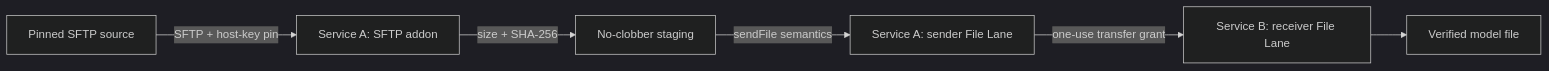
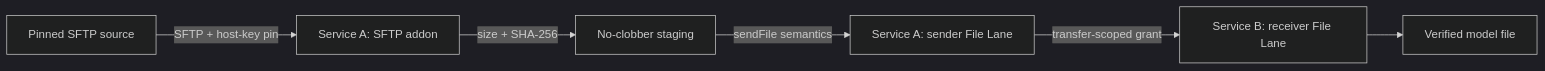
One commit to phuong-tran/coakka-samples changed the diagram in runtime-addons/artifact-publisher-sftp/README.md. Above: the diagram before and after it, drawn with Mermaid (dark theme). The commit also changed other lines of this file and 9 other files, not shown here.

````diff
--- a/runtime-addons/artifact-publisher-sftp/README.md
+++ b/runtime-addons/artifact-publisher-sftp/README.md
@@ -9,8 +9,8 @@
 ```mermaid
 flowchart LR
     Registry["Pinned SFTP source"] -->|"SFTP + host-key pin"| Addon["Service A: SFTP addon"]
     Addon -->|"size + SHA-256"| Stage["No-clobber staging"]
     Stage -->|"sendFile semantics"| Sender["Service A: sender File Lane"]
-    Sender -->|"one-use transfer grant"| Receiver["Service B: receiver File Lane"]
+    Sender -->|"transfer-scoped grant"| Receiver["Service B: receiver File Lane"]
     Receiver --> Model["Verified model file"]
 ```
````
